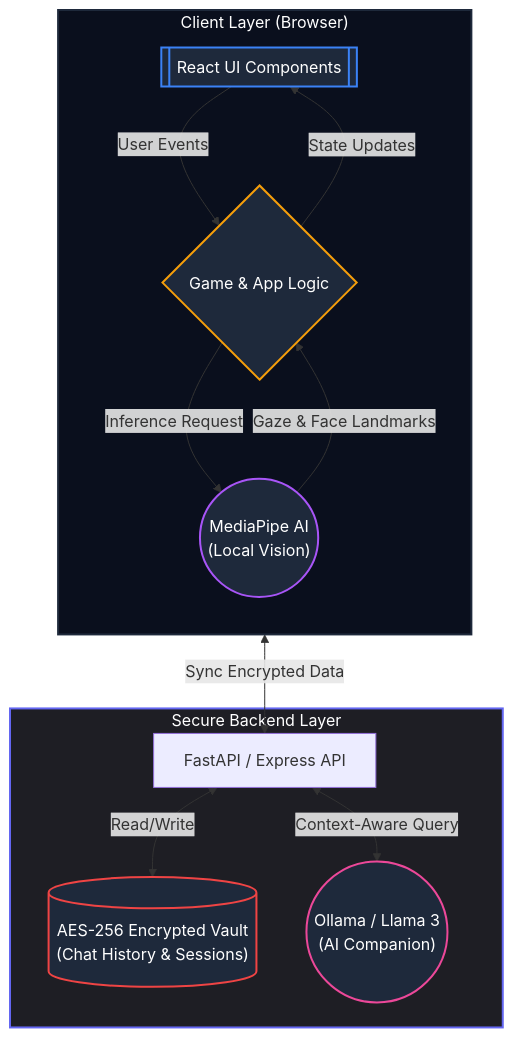
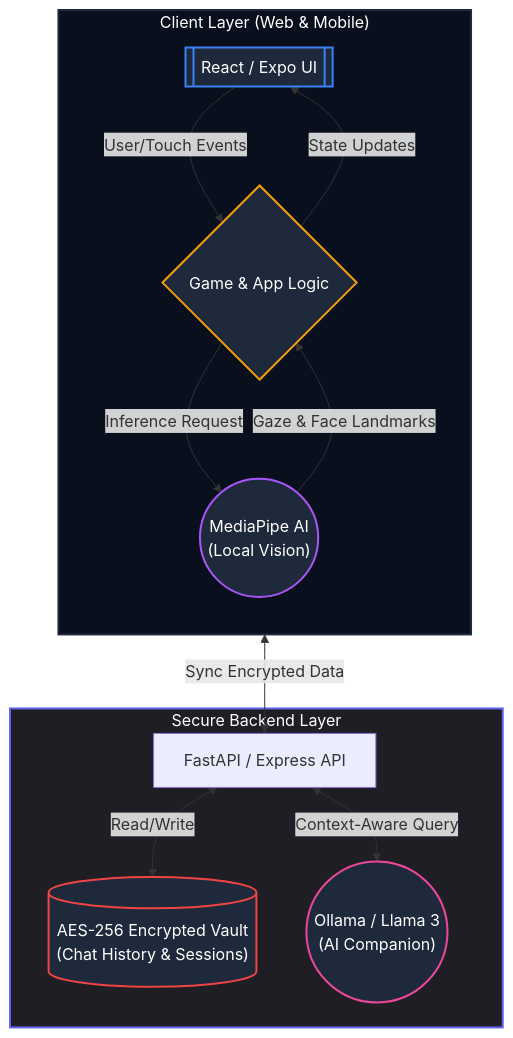
One commit to yashsrivastava1408/lock-focus-hackathon changed the first of 2 diagrams in README.md. Above: the diagram before and after it, drawn with Mermaid. The commit also changed other lines of this file, not shown here.

````diff
--- a/README.md
+++ b/README.md
@@ -64,31 +70,31 @@
 ```mermaid
 flowchart TB
-    subgraph Client ["Client Layer (Browser)"]
+    subgraph Client ["Client Layer (Web & Mobile)"]
         direction TB
-        UI[["React UI Components"]]
+        UI[["React / Expo UI"]]
         Logic{"Game & App Logic"}
         AI(("MediaPipe AI<br/>(Local Vision)"))
     end
 
     subgraph Server ["Secure Backend Layer"]
         API["FastAPI / Express API"]
         Vault[("AES-256 Encrypted Vault<br/>(Chat History & Sessions)")]
         LLM(("Ollama / Llama 3<br/>(AI Companion)"))
     end
 
     style Client fill:#0a0f1d,stroke:#1e293b,stroke-width:2px,color:#fff
     style Server fill:#1e1e24,stroke:#6366f1,stroke-width:2px,color:#fff
     style UI fill:#1e293b,stroke:#3b82f6,stroke-width:2px,color:#fff
     style Logic fill:#1e293b,stroke:#f59e0b,stroke-width:2px,color:#fff
     style AI fill:#1e293b,stroke:#a855f7,stroke-width:2px,color:#fff
     style Vault fill:#1e293b,stroke:#ef4444,stroke-width:2px,color:#fff
     style LLM fill:#1e293b,stroke:#ec4899,stroke-width:2px,color:#fff
 
-    UI -->|User Events| Logic
+    UI -->|User/Touch Events| Logic
     Logic -->|State Updates| UI
     Logic -->|Inference Request| AI
     AI -->|Gaze & Face Landmarks| Logic
     Logic <-->|Sync Encrypted Data| API
     API <-->|Read/Write| Vault
     API <-->|Context-Aware Query| LLM
 ```
````
